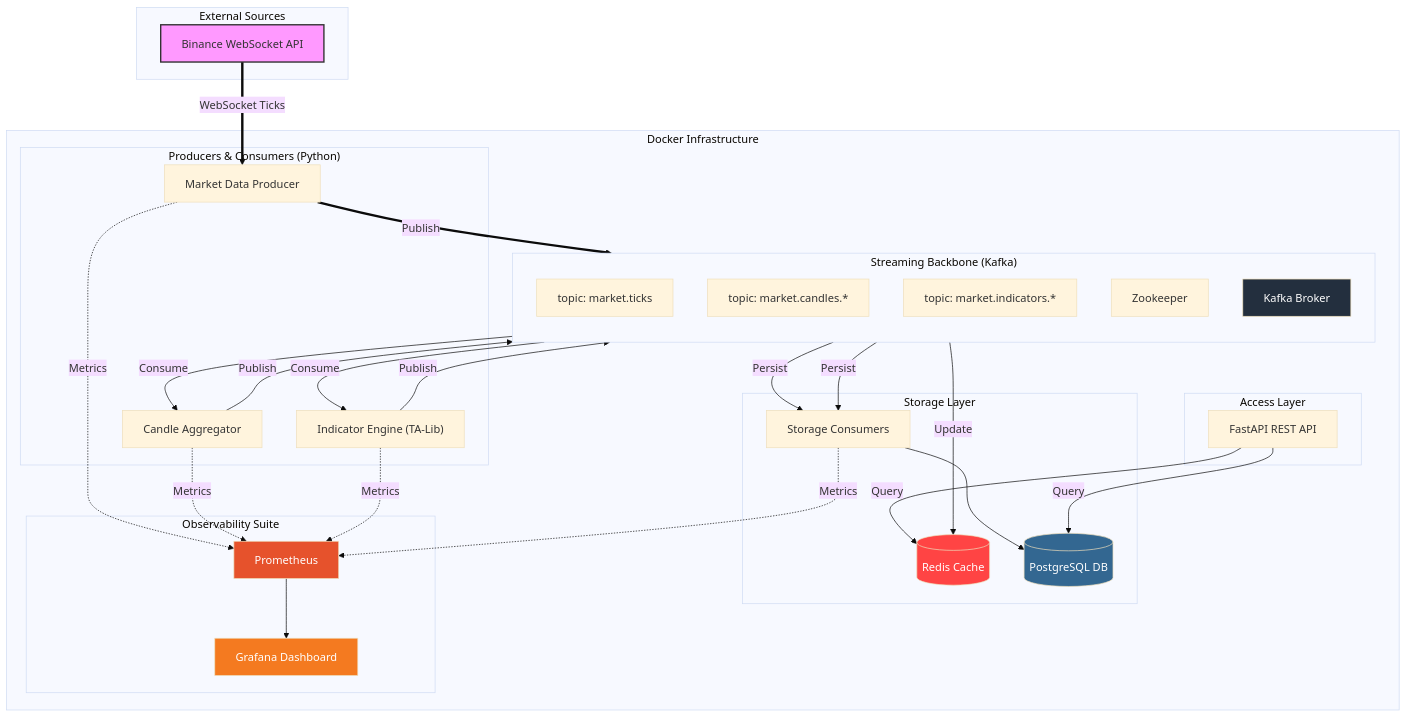
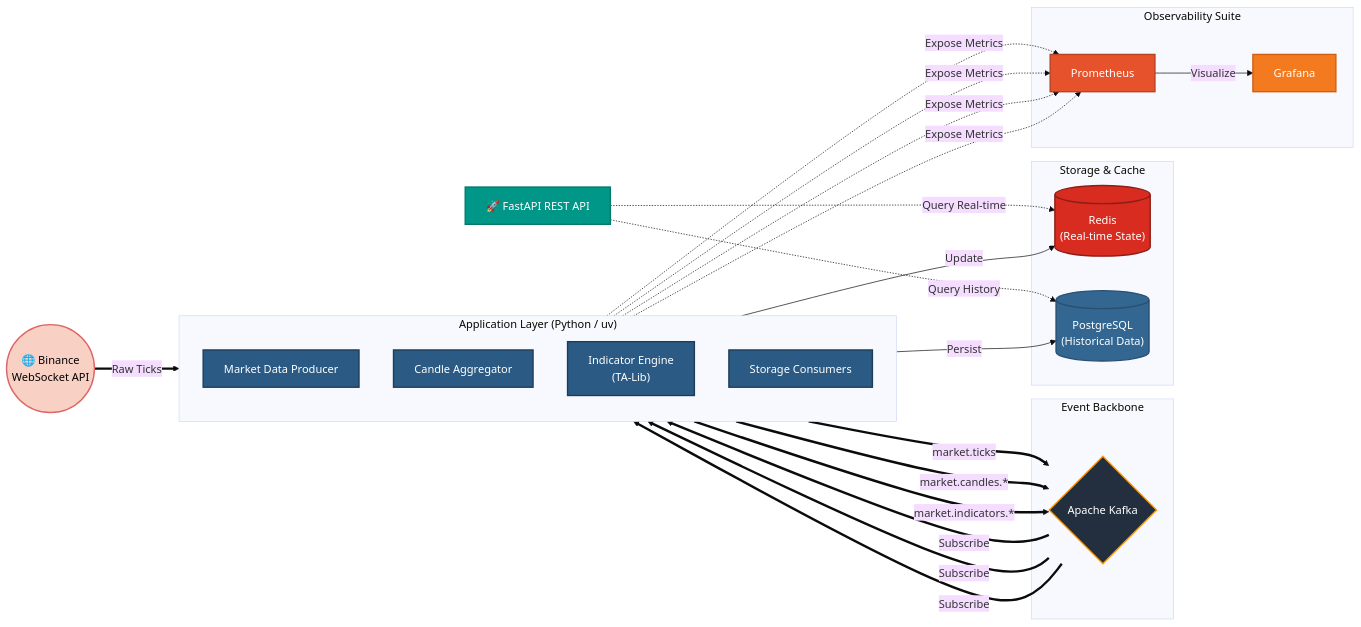
One commit to rickluizms/event-driven-crypto-pipeline changed the diagram in README.md. Above: the diagram before and after it, drawn with Mermaid (base theme). The commit also changed other lines of this file, not shown here.

Commit message:
docs: overhaul README with detailed architecture, project structure, setup, API endpoints, Kafka topics, and observability sections.

````diff
--- a/README.md
+++ b/README.md
@@ -7,69 +36,73 @@
 ```mermaid
-graph TD
-    subgraph "External Sources"
-        Binance[Binance WebSocket API]
+flowchart LR
+    %% Data Sources
+    Binance(("🌐 Binance\nWebSocket API")) 
+
+    %% App Components
+    subgraph Application Layer ["Application Layer (Python / uv)"]
+        direction TB
+        Producer["Market Data Producer"]
+        Aggregator["Candle Aggregator"]
+        TAEngine["Indicator Engine\n(TA-Lib)"]
+        Consumers["Storage Consumers"]
     end
 
-    subgraph "Docker Infrastructure"
-        subgraph "Streaming Backbone (Kafka)"
-            direction TB
-            K_Ticks["topic: market.ticks"]
-            K_Candles["topic: market.candles.*"]
-            K_Ind["topic: market.indicators.*"]
-            Zookeeper[Zookeeper]
-            Kafka[Kafka Broker]
-        end
-
-        subgraph "Producers & Consumers (Python)"
-            Producer[Market Data Producer]
-            C_Aggregator[Candle Aggregator]
-            I_Engine["Indicator Engine (TA-Lib)"]
-        end
-
-        subgraph "Storage Layer"
-            Redis[("Redis Cache")]
-            Postgres[("PostgreSQL DB")]
-            C_Storage[Storage Consumers]
-        end
-
-        subgraph "Observability Suite"
-            Prom[Prometheus]
-            Grafana[Grafana Dashboard]
-        end
-
-        subgraph "Access Layer"
-            API[FastAPI REST API]
-        end
+    %% Event Bus
+    subgraph Event Backbone ["Event Backbone"]
+        Kafka{"Apache Kafka"}
     end
 
-    %% Data Flow
-    Binance ==>|WebSocket Ticks| Producer
-    Producer ==>|Publish| K_Ticks
+    %% Storage
+    subgraph Storage & Cache ["Storage & Cache"]
+        Redis[("Redis\n(Real-time State)")]
+        Postgres[("PostgreSQL\n(Historical Data)")]
+    end
+
+    %% API Layer
+    API["🚀 FastAPI REST API"]
+
+    %% Flow mapping
+    Binance ==>|Raw Ticks| Producer
+    Producer ==>|market.ticks| Kafka
     
-    K_Ticks -->|Consume| C_Aggregator
-    C_Aggregator -->|Publish| K_Candles
+    Kafka ==>|Subscribe| Aggregator
+    Aggregator ==>|market.candles.*| Kafka
     
-    K_Candles -->|Consume| I_Engine
-    I_Engine -->|Publish| K_Ind
+    Kafka ==>|Subscribe| TAEngine
+    TAEngine ==>|market.indicators.*| Kafka
     
-    K_Ind -->|Update| Redis
-    K_Ind & K_Candles -->|Persist| C_Storage
-    C_Storage --> Postgres
+    Kafka ==>|Subscribe| Consumers
+    Consumers -->|Update| Redis
+    Consumers -->|Persist| Postgres
+    
+    API -.->|Query Real-time| Redis
+    API -.->|Query History| Postgres
 
-    API -->|Query| Redis
-    API -->|Query| Postgres
+    %% Observability
+    subgraph Observability Suite ["Observability Suite"]
+        Prom["Prometheus"]
+        Grafana["Grafana"]
+    end
+    
+    Producer & Aggregator & TAEngine & Consumers -.->|Expose Metrics| Prom
+    Prom -->|Visualize| Grafana
 
-    %% Metrics Flow
-    Producer -.->|Metrics| Prom
-    C_Aggregator -.->|Metrics| Prom
-    I_Engine -.->|Metrics| Prom
-    C_Storage -.->|Metrics| Prom
-    Prom --> Grafana
-    
-    style Binance fill:#f9f,stroke:#333,stroke-width:2px
-    style Kafka fill:#232f3e,color:#fff
-    style Redis fill:#ff4444,color:#fff
-    style Postgres fill:#336791,color:#fff
-    style Grafana fill:#f47a20,color:#fff
-    style Prom fill:#e6522c,color:#fff
+    %% Styling
+    classDef source fill:#f9d0c4,stroke:#e06666,stroke-width:2px,color:#000
+    classDef kafka fill:#232f3e,stroke:#ff9900,stroke-width:2px,color:#fff
+    classDef app fill:#2b5b84,stroke:#1d3c58,stroke-width:2px,color:#fff
+    classDef storage fill:#336791,stroke:#295071,stroke-width:2px,color:#fff
+    classDef redis fill:#d82c20,stroke:#8e1d15,stroke-width:2px,color:#fff
+    classDef api fill:#009688,stroke:#00796b,stroke-width:2px,color:#fff
+    classDef obs fill:#f47a20,stroke:#d05e13,stroke-width:2px,color:#fff
+    classDef prom fill:#e6522c,stroke:#b84223,stroke-width:2px,color:#fff
+
+    class Binance source
+    class Kafka kafka
+    class Producer,Aggregator,TAEngine,Consumers app
+    class Postgres storage
+    class Redis redis
+    class API api
+    class Grafana obs
+    class Prom prom
 ```
````
